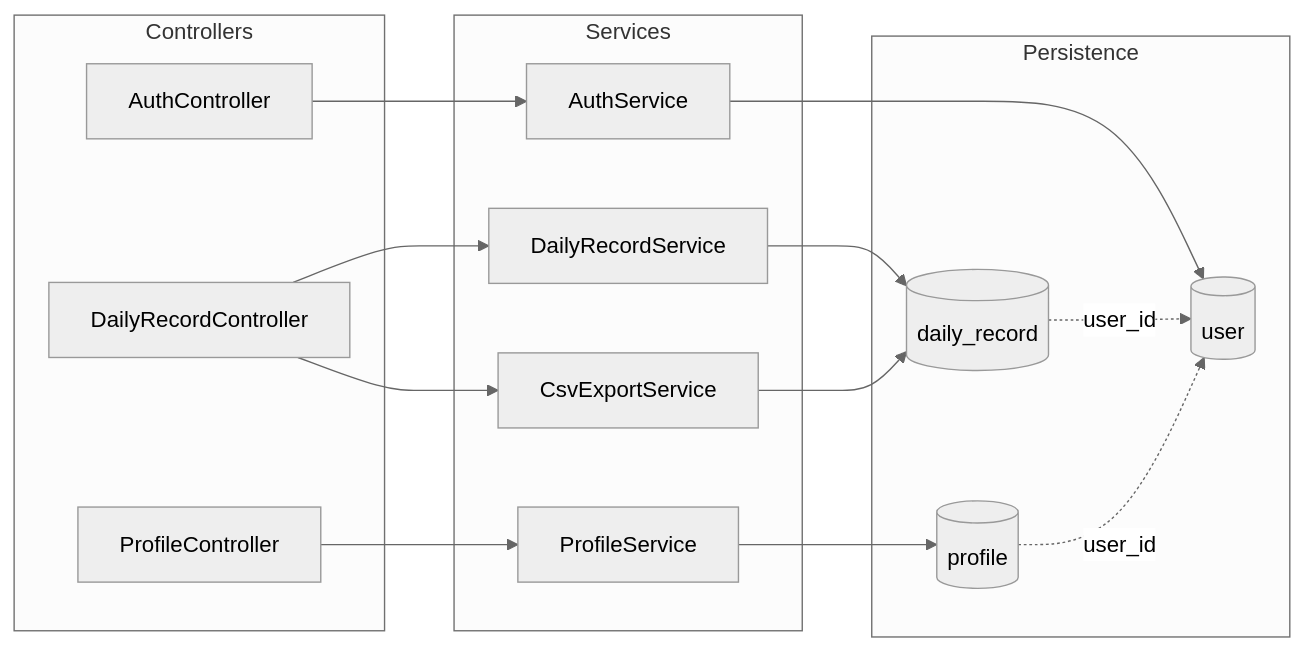
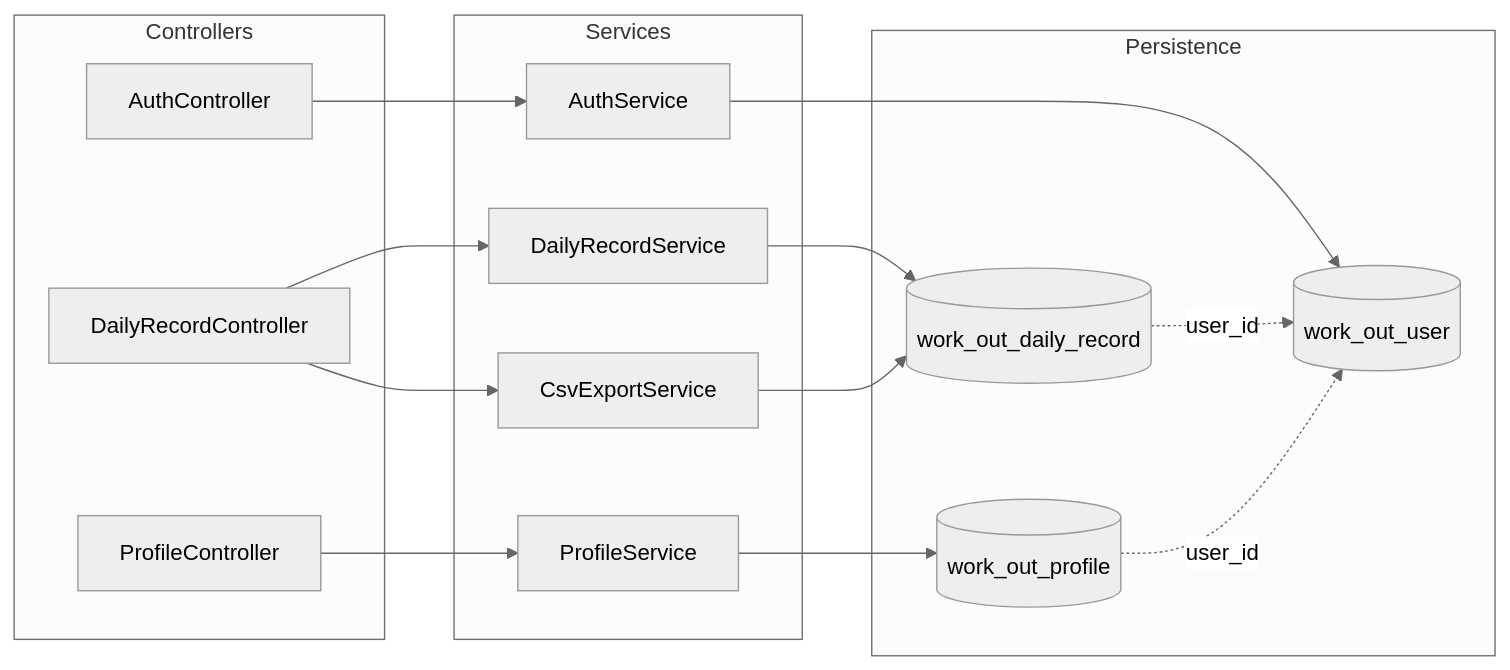
The fourth of 11 diagrams in doc/workOut-技术架构.md (lippchan-cloud/workOut), drawn with Mermaid (neutral theme) before and after one commit. The commit also changed other lines of this file and 75 other files, not shown here.

Commit message:
refactor(backend): re-layer modules and prefix tables with work_out

````diff
--- a/doc/workOut-技术架构.md
+++ b/doc/workOut-技术架构.md
@@ -111,32 +126,32 @@
 ```mermaid
 flowchart LR
   subgraph Controllers
     C0["AuthController"]
     C1["DailyRecordController"]
     C2["ProfileController"]
   end
 
   subgraph Services
     S0["AuthService"]
     S1["DailyRecordService"]
     S2["ProfileService"]
     S3["CsvExportService"]
   end
 
   subgraph Persistence
-    T0[("user")]
-    T1[("daily_record")]
-    T2[("profile")]
+    T0[("work_out_user")]
+    T1[("work_out_daily_record")]
+    T2[("work_out_profile")]
   end
 
   C0 --> S0
   C1 --> S1
   C1 --> S3
   C2 --> S2
   S0 --> T0
   S1 --> T1
   S3 --> T1
   S2 --> T2
   T1 -.->|user_id| T0
   T2 -.->|user_id| T0
 ```
````
